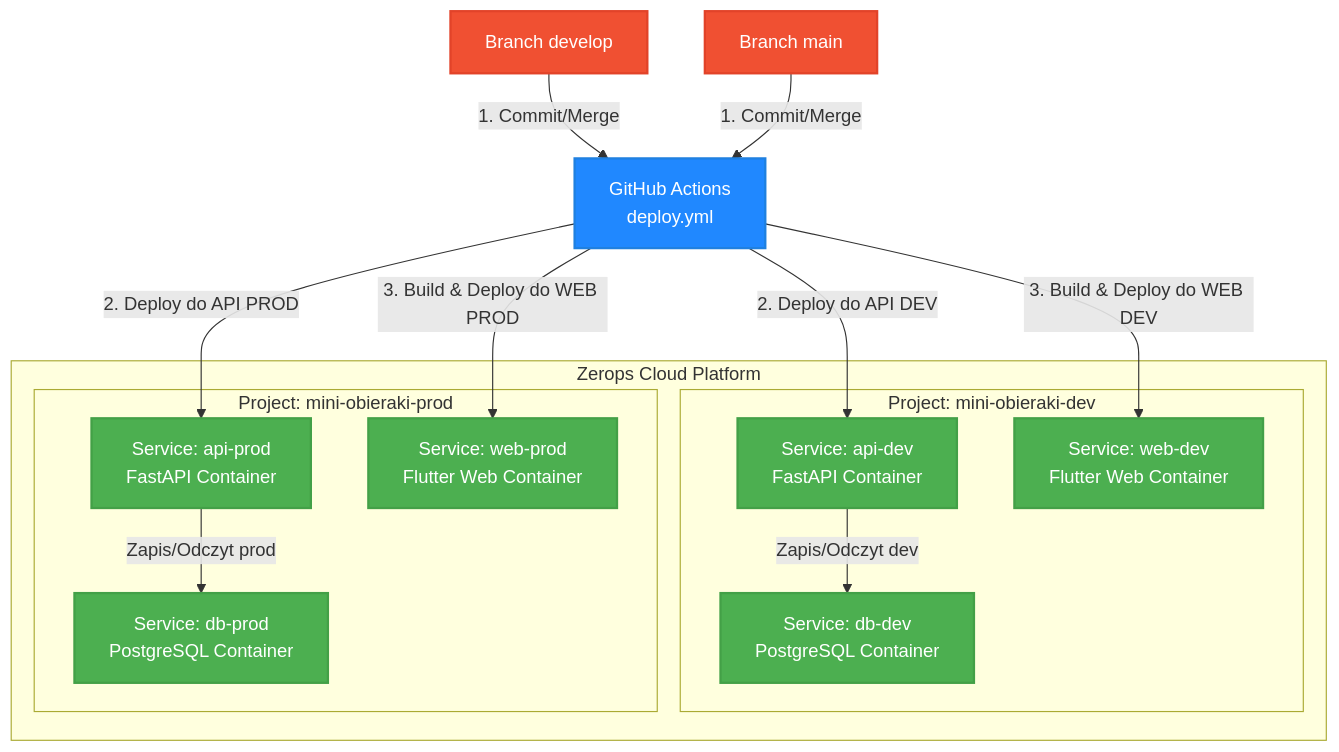
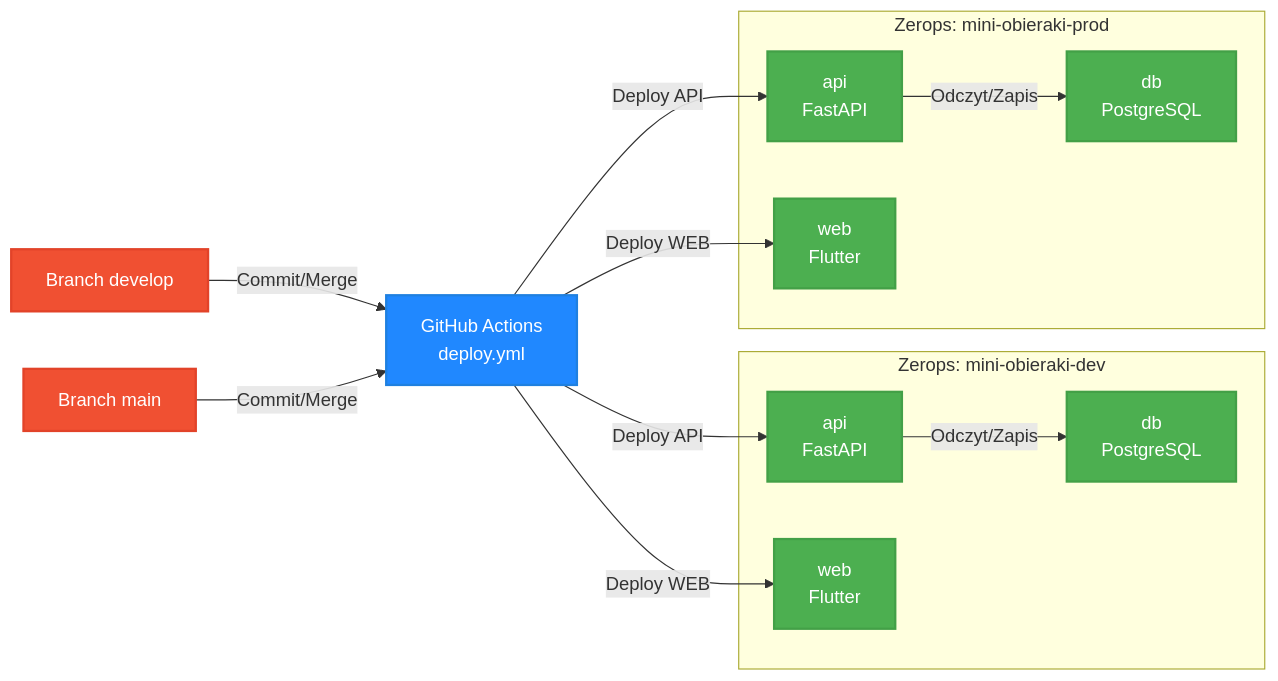
One commit to aryski/mini-obieraki changed the sixth of 6 diagrams in docs/ARCHITECTURE.md. Above: the diagram before and after it, drawn with Mermaid. The commit also changed other lines of this file and 5 other files, not shown here.

````diff
--- a/docs/ARCHITECTURE.md
+++ b/docs/ARCHITECTURE.md
@@ -192,36 +192,33 @@
 ```mermaid
-graph TD
+graph LR
     classDef gitBranch fill:#F05032,stroke:#E24329,color:#ffffff,stroke-width:2px;
     classDef ghActions fill:#2088FF,stroke:#1F80E0,color:#ffffff,stroke-width:2px;
-    classDef zeropsProj fill:#E2E2E2,stroke:#CCCCCC,color:#000000,stroke-width:2px;
     classDef activeServ fill:#4CAF50,stroke:#43A047,color:#ffffff,stroke-width:2px;
 
     gitDev[Branch develop]:::gitBranch
     gitProd[Branch main]:::gitBranch
+    gha["GitHub Actions<br/>deploy.yml"]:::ghActions
 
-    gha[GitHub Actions<br/>deploy.yml]:::ghActions
-
-    subgraph Zerops Cloud Platform
-        subgraph Project: mini-obieraki-dev
-            apiDev[Service: api-dev<br/>FastAPI Container]:::activeServ
-            dbDev[Service: db-dev<br/>PostgreSQL Container]:::activeServ
-            webDev[Service: web-dev<br/>Flutter Web Container]:::activeServ
-        end
-        subgraph Project: mini-obieraki-prod
-            apiProd[Service: api-prod<br/>FastAPI Container]:::activeServ
-            dbProd[Service: db-prod<br/>PostgreSQL Container]:::activeServ
-            webProd[Service: web-prod<br/>Flutter Web Container]:::activeServ
-        end
+    subgraph DEV["Zerops: mini-obieraki-dev"]
+        apiDev["api<br/>FastAPI"]:::activeServ
+        dbDev["db<br/>PostgreSQL"]:::activeServ
+        webDev["web<br/>Flutter"]:::activeServ
     end
 
-    gitDev -->|1. Commit/Merge| gha
-    gitProd -->|1. Commit/Merge| gha
+    subgraph PROD["Zerops: mini-obieraki-prod"]
+        apiProd["api<br/>FastAPI"]:::activeServ
+        dbProd["db<br/>PostgreSQL"]:::activeServ
+        webProd["web<br/>Flutter"]:::activeServ
+    end
 
-    gha -->|2. Deploy do API DEV| apiDev
-    gha -->|3. Build & Deploy do WEB DEV| webDev
-    apiDev -->|Zapis/Odczyt dev| dbDev
+    gitDev -->|Commit/Merge| gha
+    gitProd -->|Commit/Merge| gha
 
-    gha -->|2. Deploy do API PROD| apiProd
-    gha -->|3. Build & Deploy do WEB PROD| webProd
-    apiProd -->|Zapis/Odczyt prod| dbProd
+    gha -->|Deploy API| apiDev
+    gha -->|Deploy WEB| webDev
+    apiDev -->|Odczyt/Zapis| dbDev
+
+    gha -->|Deploy API| apiProd
+    gha -->|Deploy WEB| webProd
+    apiProd -->|Odczyt/Zapis| dbProd
 ```
````
